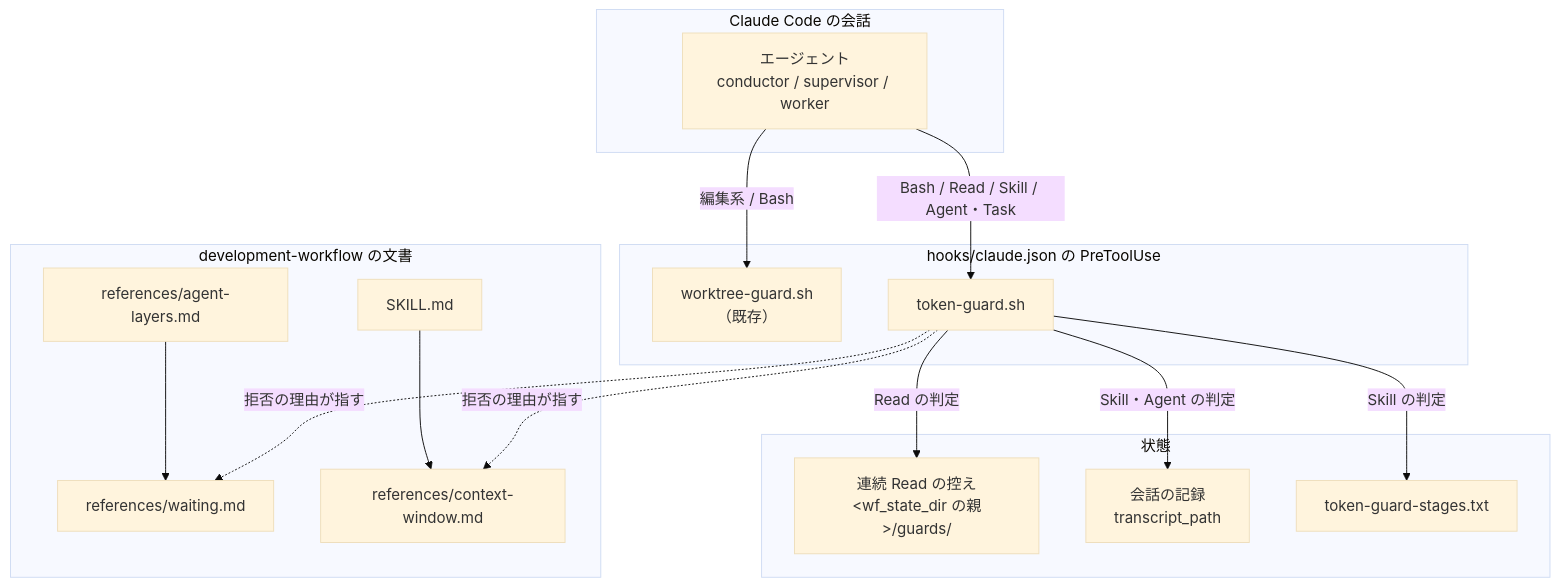
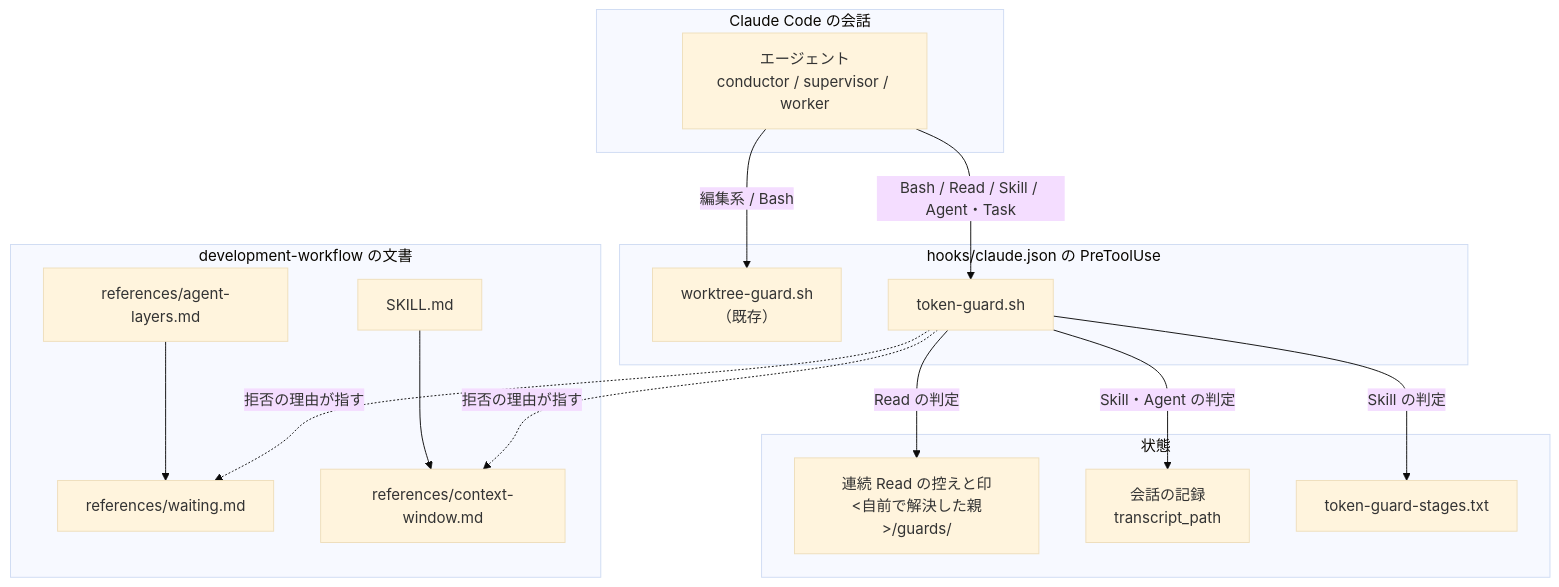
One commit to devbasex/ai-plugins changed the first of 3 diagrams in issues/issue-829-830-design.md. Above: the diagram before and after it, drawn with Mermaid (base theme). The commit also changed other lines of this file, not shown here.

````diff
--- a/issues/issue-829-830-design.md
+++ b/issues/issue-829-830-design.md
@@ -62,30 +62,30 @@
 ```mermaid
 graph TB
   subgraph CC["Claude Code の会話"]
     AG["エージェント<br/>conductor / supervisor / worker"]
   end
   subgraph HK["hooks/claude.json の PreToolUse"]
     WG["worktree-guard.sh<br/>（既存）"]
     TG["token-guard.sh"]
   end
   subgraph ST["状態"]
-    RS["連続 Read の控え<br/>#lt;wf_state_dir の親#gt;/guards/"]
+    RS["連続 Read の控えと印<br/>#lt;自前で解決した親#gt;/guards/"]
     TR["会話の記録<br/>transcript_path"]
     SL["token-guard-stages.txt"]
   end
   subgraph DOC["development-workflow の文書"]
     WT["references/waiting.md"]
     CW["references/context-window.md"]
     AL["references/agent-layers.md"]
     SK["SKILL.md"]
   end
   AG -->|"Bash / Read / Skill / Agent・Task"| TG
   AG -->|"編集系 / Bash"| WG
   TG -->|"Read の判定"| RS
   TG -->|"Skill・Agent の判定"| TR
   TG -->|"Skill の判定"| SL
   TG -. "拒否の理由が指す" .-> WT
   TG -. "拒否の理由が指す" .-> CW
   AL --> WT
   SK --> CW
 ```
````
